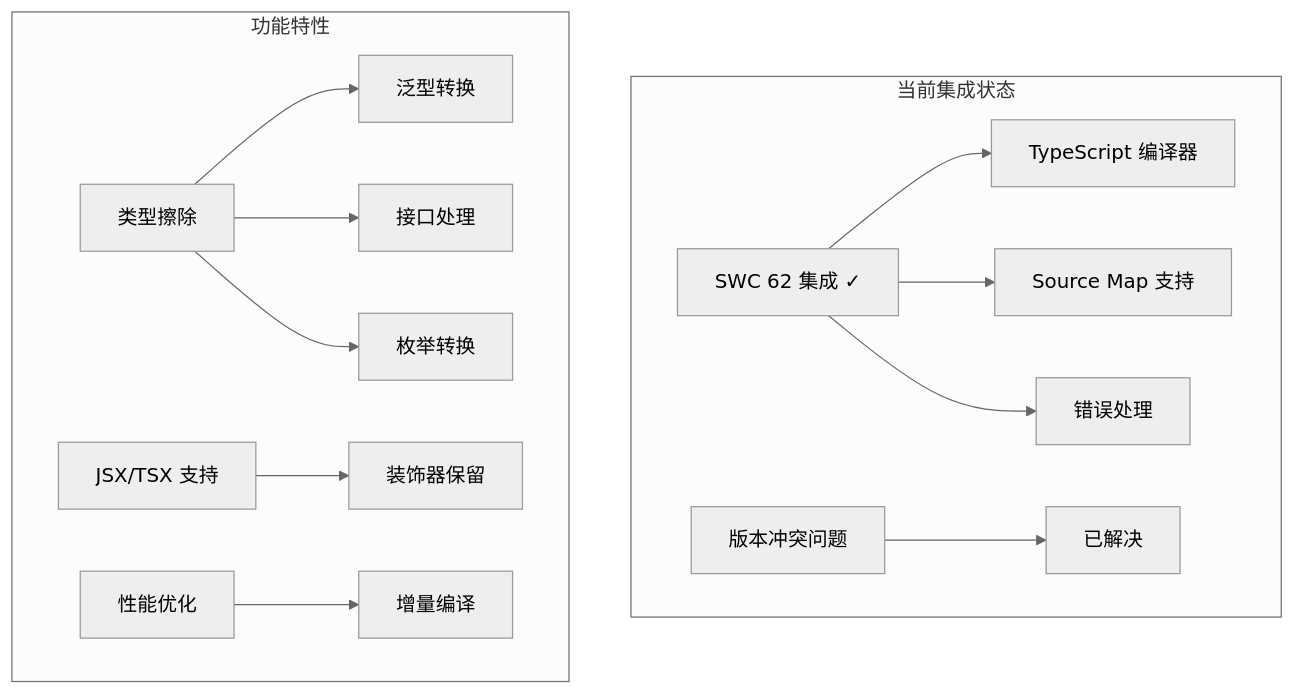
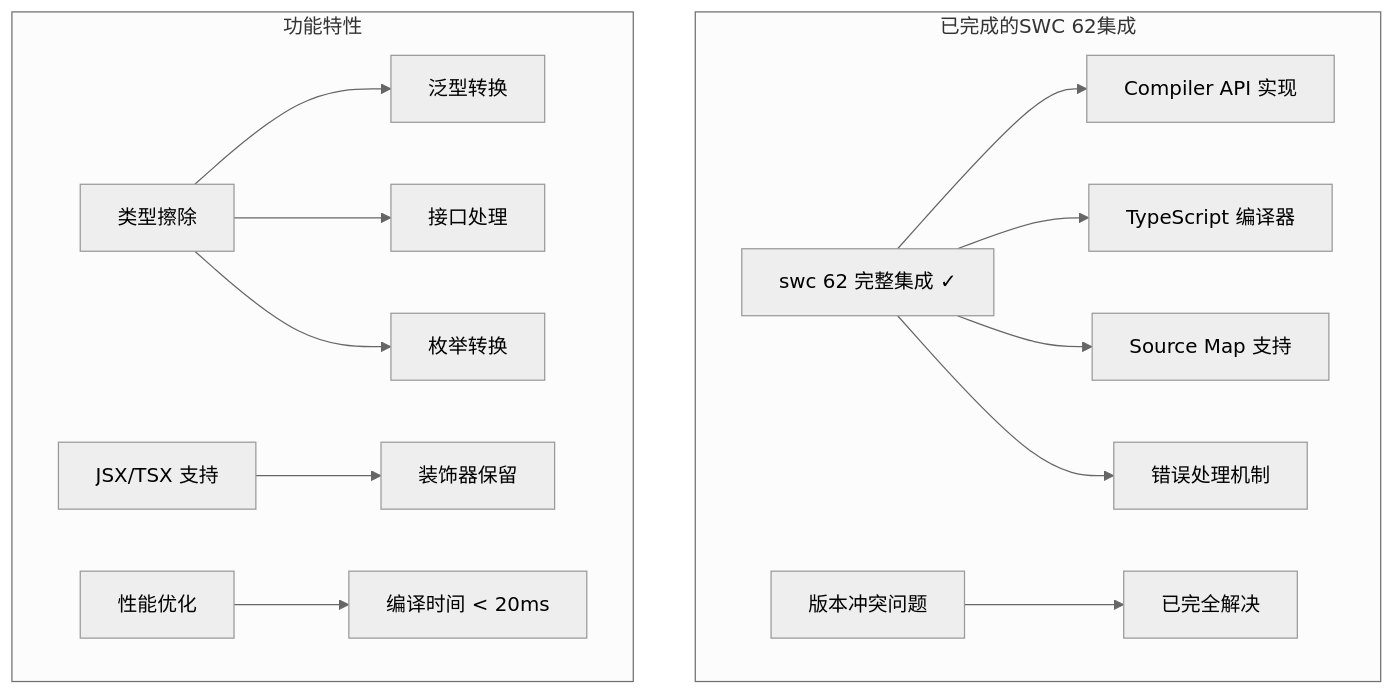
Before and after one commit to itszzl-sudo/iris: the first of 7 diagrams in .qoder/repowiki/zh/content/项目概述/技术架构总览/SWC集成可行性评估.md, drawn with Mermaid (neutral theme). The commit also changed other lines of this file and 23 other files, not shown here.

````diff
--- a/.qoder/repowiki/zh/content/项目概述/技术架构总览/SWC集成可行性评估.md
+++ b/.qoder/repowiki/zh/content/项目概述/技术架构总览/SWC集成可行性评估.md
@@ -50,16 +58,17 @@
 ```mermaid
 graph TB
-subgraph "当前集成状态"
-A[SWC 62 集成 ✓] --> B[TypeScript 编译器]
-A --> C[Source Map 支持]
-A --> D[错误处理]
-E[版本冲突问题] --> F[已解决]
+subgraph "已完成的SWC 62集成"
+A[swc 62 完整集成 ✓] --> B[Compiler API 实现]
+A --> C[TypeScript 编译器]
+A --> D[Source Map 支持]
+A --> E[错误处理机制]
+F[版本冲突问题] --> G[已完全解决]
 end
 subgraph "功能特性"
-G[类型擦除] --> H[泛型转换]
-G --> I[接口处理]
-G --> J[枚举转换]
-K[JSX/TSX 支持] --> L[装饰器保留]
-M[性能优化] --> N[增量编译]
+H[类型擦除] --> I[泛型转换]
+H --> J[接口处理]
+H --> K[枚举转换]
+L[JSX/TSX 支持] --> M[装饰器保留]
+N[性能优化] --> O[编译时间 < 20ms]
 end
 ```
````
